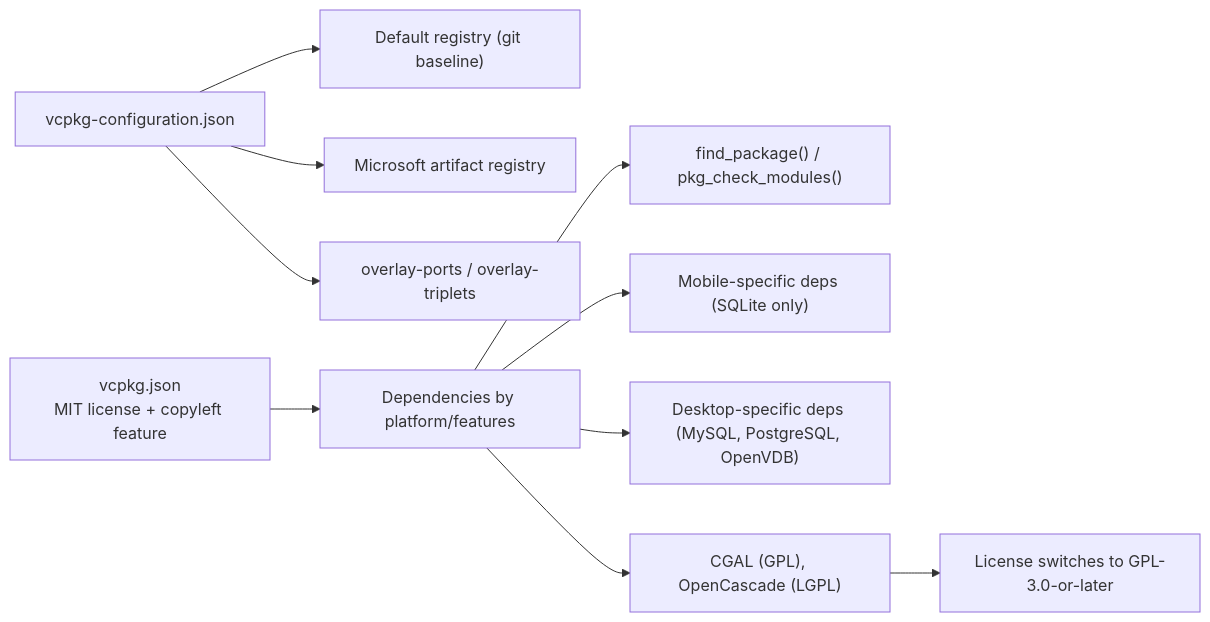
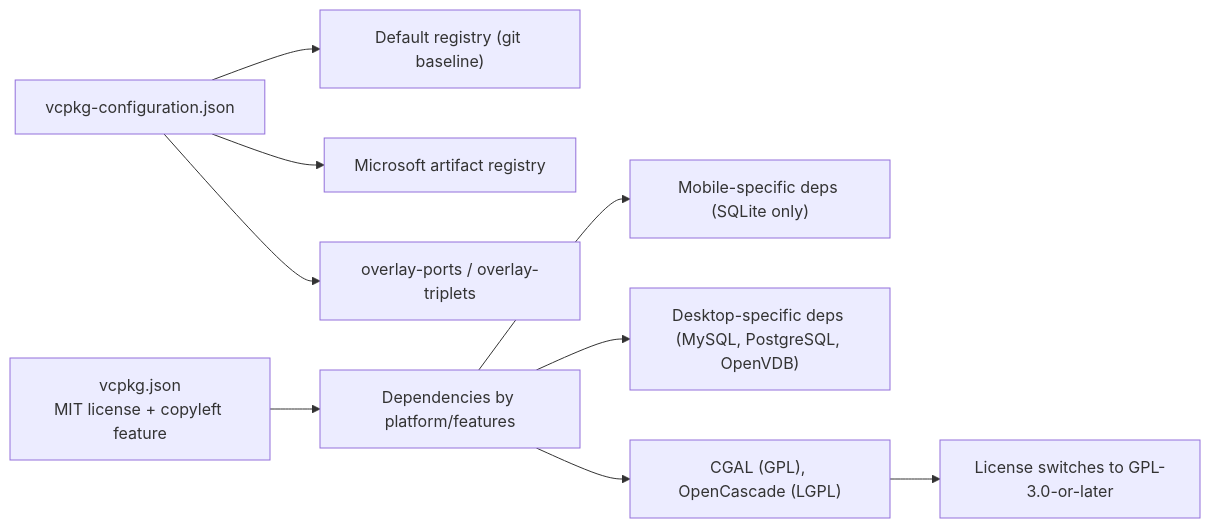
One commit to hsmbanlance/HsBaSlicer changed the eighth of 20 diagrams in .qoder/repowiki/en/content/Getting Started/Multi-Platform Build System.md. Above: the diagram before and after it, drawn with Mermaid. The commit also changed other lines of this file and 11 other files, not shown here.

````diff
--- a/.qoder/repowiki/en/content/Getting Started/Multi-Platform Build System.md
+++ b/.qoder/repowiki/en/content/Getting Started/Multi-Platform Build System.md
@@ -359,12 +414,11 @@
 ```mermaid
 graph LR
 VcpkgCfg["vcpkg-configuration.json"] --> Reg["Default registry (git baseline)"]
 VcpkgCfg --> ArtReg["Microsoft artifact registry"]
 VcpkgCfg --> Overlays["overlay-ports / overlay-triplets"]
 VcpkgJson["vcpkg.json<br/>MIT license + copyleft feature"] --> Deps["Dependencies by platform/features"]
-Deps --> CMake["find_package() / pkg_check_modules()"]
 Deps --> Mobile["Mobile-specific deps (SQLite only)"]
 Deps --> Desktop["Desktop-specific deps (MySQL, PostgreSQL, OpenVDB)"]
 Deps --> Copyleft["CGAL (GPL), OpenCascade (LGPL)"]
 Copyleft --> LicenseSwitch["License switches to GPL-3.0-or-later"]
 ```
````
